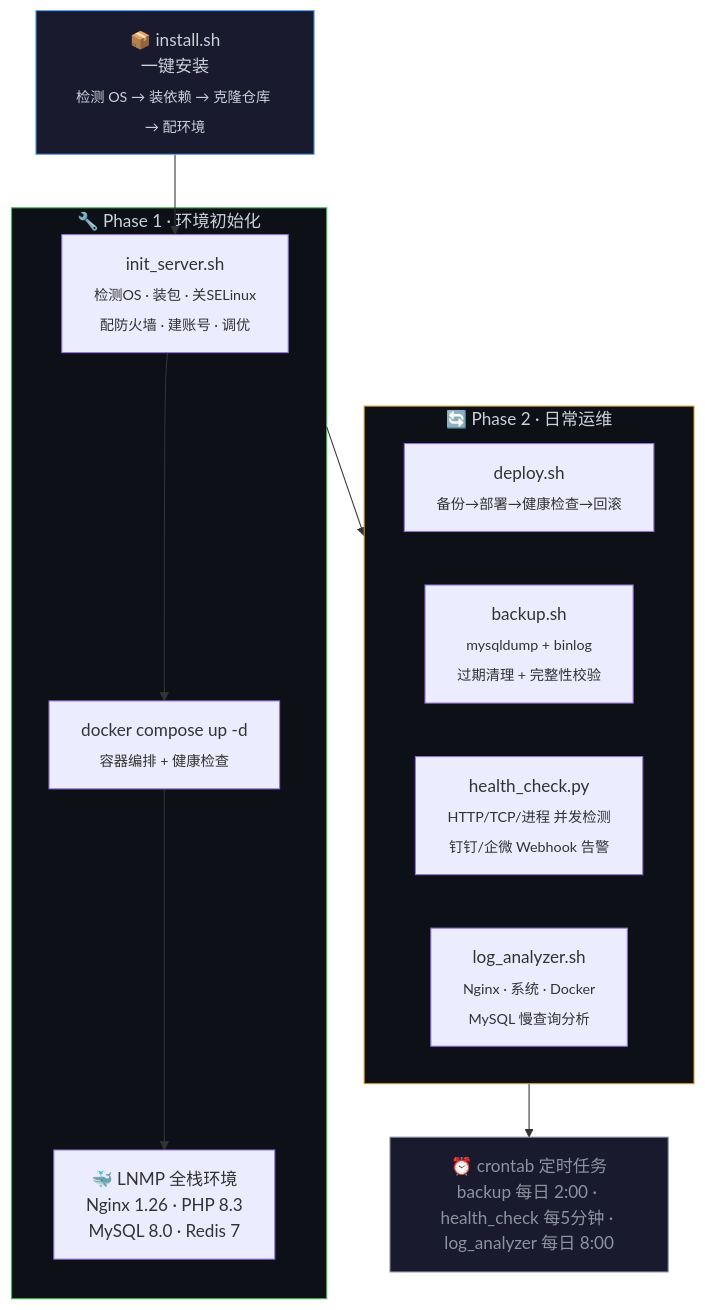
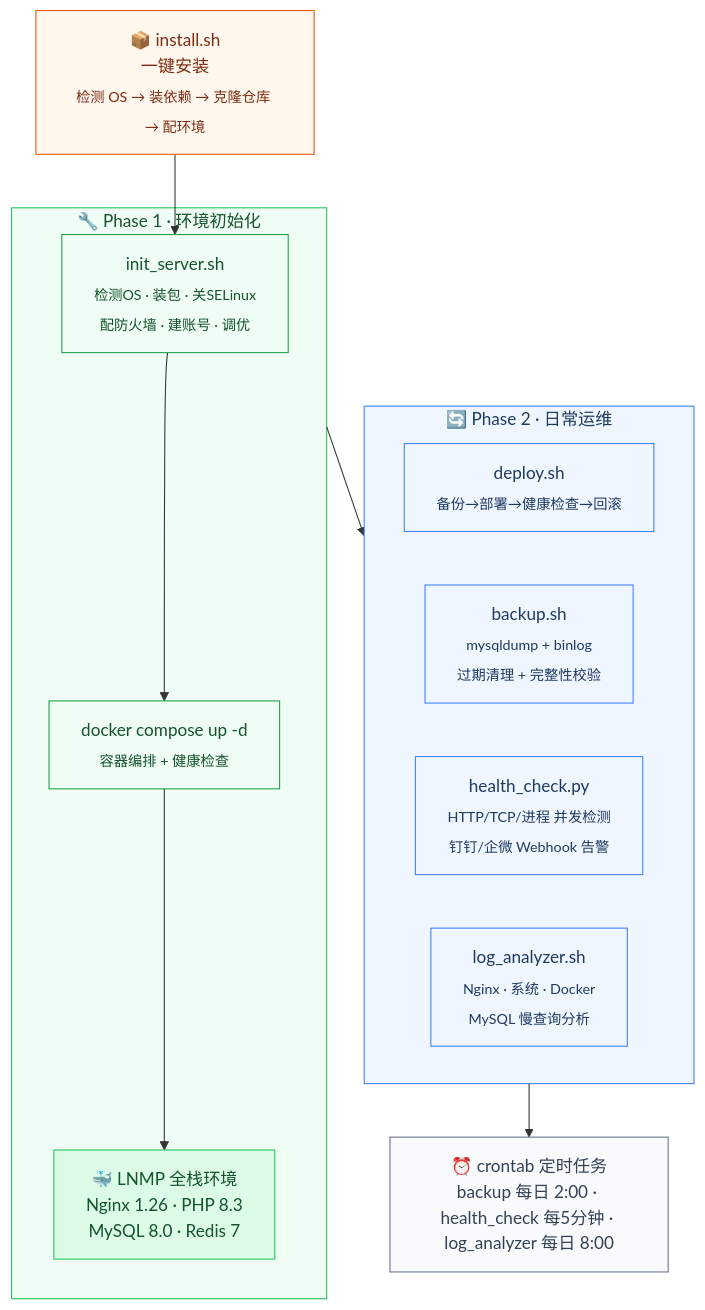
The diagram in README.md (lzkzzz/server-deploy-toolkit), drawn with Mermaid before and after one commit.

Commit message:
docs: Mermaid 配色改为浅色暖色调

````diff
--- a/README.md
+++ b/README.md
@@ -62,27 +62,34 @@
 ```mermaid
 flowchart TD
     A["📦 install.sh<br/>一键安装<br/><sub>检测 OS → 装依赖 → 克隆仓库 → 配环境</sub>"] --> B
 
-    subgraph P1["🔧 Phase 1 · 环境初始化"]
+    subgraph P1["　🔧 Phase 1 · 环境初始化　"]
         B["init_server.sh<br/><sub>检测OS · 装包 · 关SELinux</sub><br/><sub>配防火墙 · 建账号 · 调优</sub>"] --> C
         C["docker compose up -d<br/><sub>容器编排 + 健康检查</sub>"]
         C --> D["🐳 LNMP 全栈环境<br/>Nginx 1.26 · PHP 8.3<br/>MySQL 8.0 · Redis 7"]
     end
 
     P1 --> P2
 
-    subgraph P2["🔄 Phase 2 · 日常运维"]
+    subgraph P2["　🔄 Phase 2 · 日常运维　"]
         direction LR
         E["deploy.sh<br/><sub>备份→部署→健康检查→回滚</sub>"]
         F["backup.sh<br/><sub>mysqldump + binlog</sub><br/><sub>过期清理 + 完整性校验</sub>"]
         G["health_check.py<br/><sub>HTTP/TCP/进程 并发检测</sub><br/><sub>钉钉/企微 Webhook 告警</sub>"]
         H["log_analyzer.sh<br/><sub>Nginx · 系统 · Docker</sub><br/><sub>MySQL 慢查询分析</sub>"]
     end
 
     P2 --> CRON["⏰ crontab 定时任务<br/>backup 每日 2:00 · health_check 每5分钟 · log_analyzer 每日 8:00"]
 
-    style A fill:#1a1a2e,stroke:#58a6ff,color:#c9d1d9
-    style P1 fill:#0d1117,stroke:#3fb950,color:#c9d1d9
-    style P2 fill:#0d1117,stroke:#d2991d,color:#c9d1d9
-    style CRON fill:#1a1a2e,stroke:#8b949e,color:#8b949e
+    style A fill:#fff7ed,stroke:#ea580c,color:#7c2d12
+    style B fill:#f0fdf4,stroke:#16a34a,color:#14532d
+    style C fill:#f0fdf4,stroke:#16a34a,color:#14532d
+    style D fill:#dcfce7,stroke:#22c55e,color:#14532d
+    style P1 fill:#f0fdf4,stroke:#22c55e,color:#14532d
+    style E fill:#eff6ff,stroke:#3b82f6,color:#1e3a5f
+    style F fill:#eff6ff,stroke:#3b82f6,color:#1e3a5f
+    style G fill:#eff6ff,stroke:#3b82f6,color:#1e3a5f
+    style H fill:#eff6ff,stroke:#3b82f6,color:#1e3a5f
+    style P2 fill:#eff6ff,stroke:#3b82f6,color:#1e3a5f
+    style CRON fill:#f8fafc,stroke:#64748b,color:#334155
 ```
````
